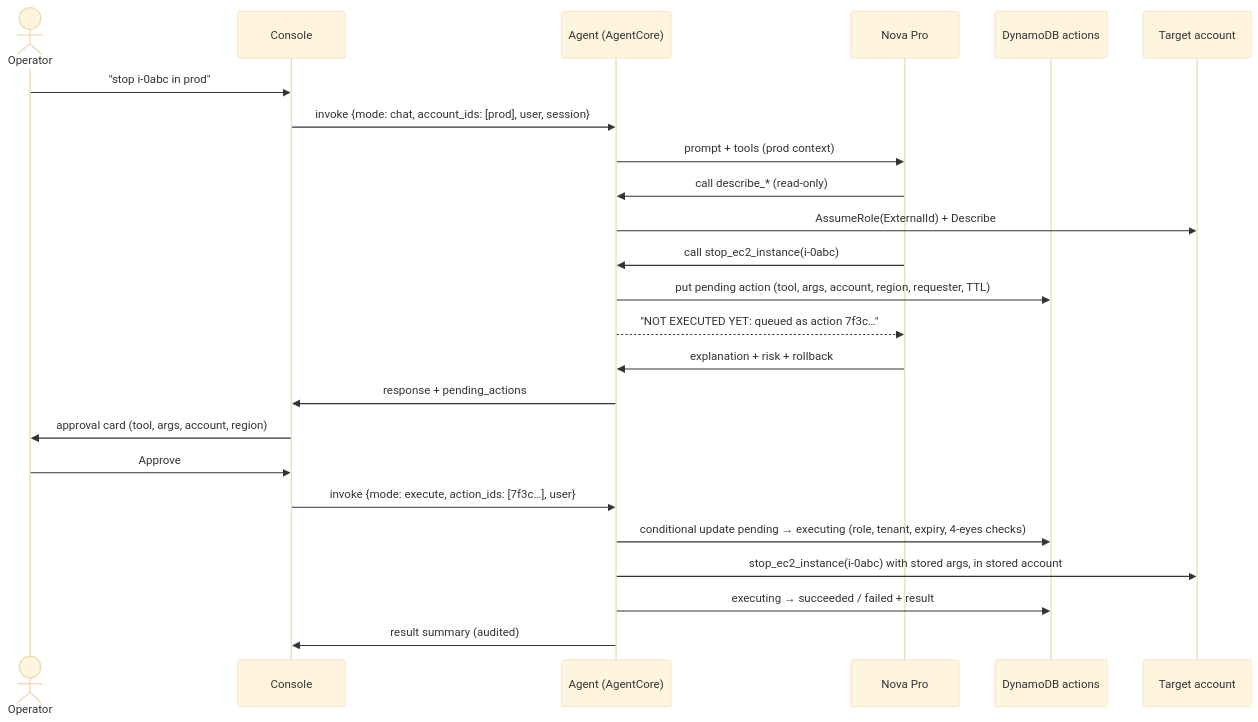
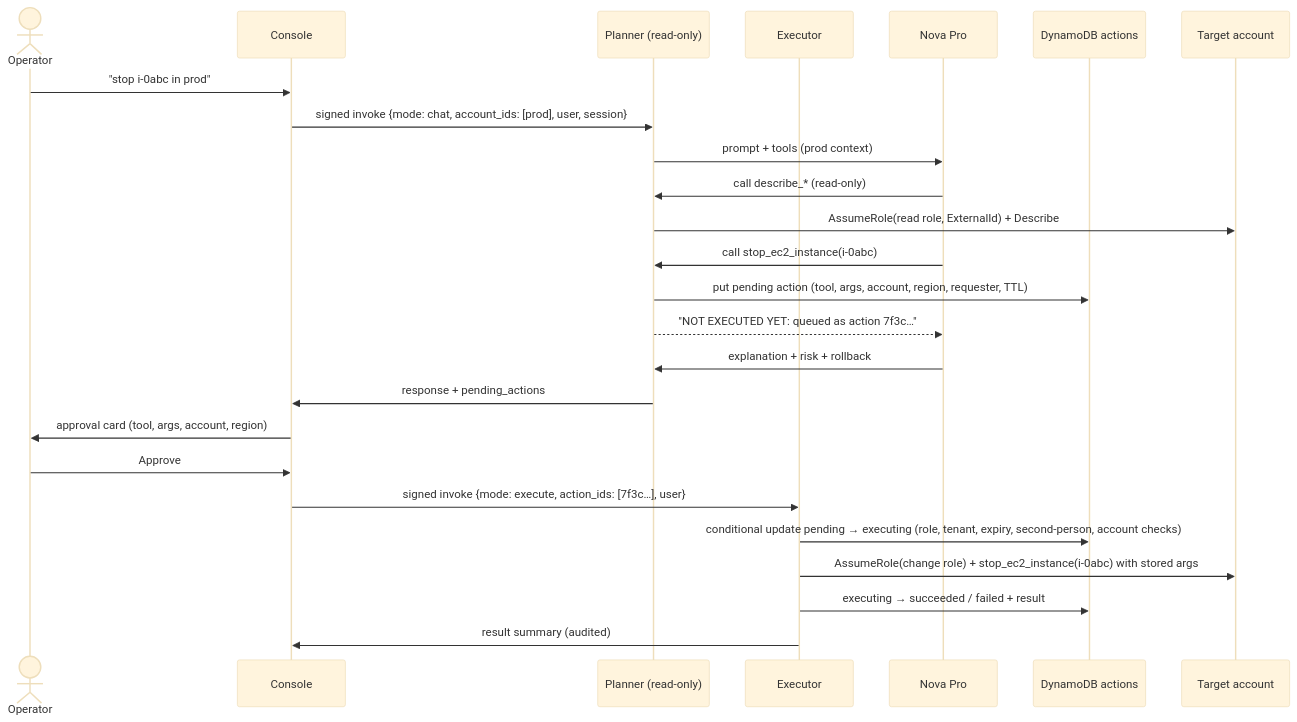
One commit to desai-sys/autonomous-support-desk changed the diagram in docs/ARCHITECTURE.md. Above: the diagram before and after it, drawn with Mermaid (base theme). The commit also changed other lines of this file and 8 other files, not shown here.

First line of the commit message:
Update the docs and diagram to the hardened design, and state what is unproven

````diff
--- a/docs/ARCHITECTURE.md
+++ b/docs/ARCHITECTURE.md
@@ -57,27 +84,28 @@
 ```mermaid
 sequenceDiagram
     actor Op as Operator
     participant C as Console
-    participant A as Agent (AgentCore)
+    participant A as Planner (read-only)
+    participant X as Executor
     participant M as Nova Pro
     participant D as DynamoDB actions
     participant T as Target account
 
     Op->>C: "stop i-0abc in prod"
-    C->>A: invoke {mode: chat, account_ids: [prod], user, session}
+    C->>A: signed invoke {mode: chat, account_ids: [prod], user, session}
     A->>M: prompt + tools (prod context)
     M->>A: call describe_* (read-only)
-    A->>T: AssumeRole(ExternalId) + Describe
+    A->>T: AssumeRole(read role, ExternalId) + Describe
     M->>A: call stop_ec2_instance(i-0abc)
     A->>D: put pending action (tool, args, account, region, requester, TTL)
     A-->>M: "NOT EXECUTED YET: queued as action 7f3c…"
     M->>A: explanation + risk + rollback
     A->>C: response + pending_actions
     C->>Op: approval card (tool, args, account, region)
     Op->>C: Approve
-    C->>A: invoke {mode: execute, action_ids: [7f3c…], user}
-    A->>D: conditional update pending → executing (role, tenant, expiry, 4-eyes checks)
-    A->>T: stop_ec2_instance(i-0abc) with stored args, in stored account
-    A->>D: executing → succeeded / failed + result
-    A->>C: result summary (audited)
+    C->>X: signed invoke {mode: execute, action_ids: [7f3c…], user}
+    X->>D: conditional update pending → executing (role, tenant, expiry, second-person, account checks)
+    X->>T: AssumeRole(change role) + stop_ec2_instance(i-0abc) with stored args
+    X->>D: executing → succeeded / failed + result
+    X->>C: result summary (audited)
 ```
````
